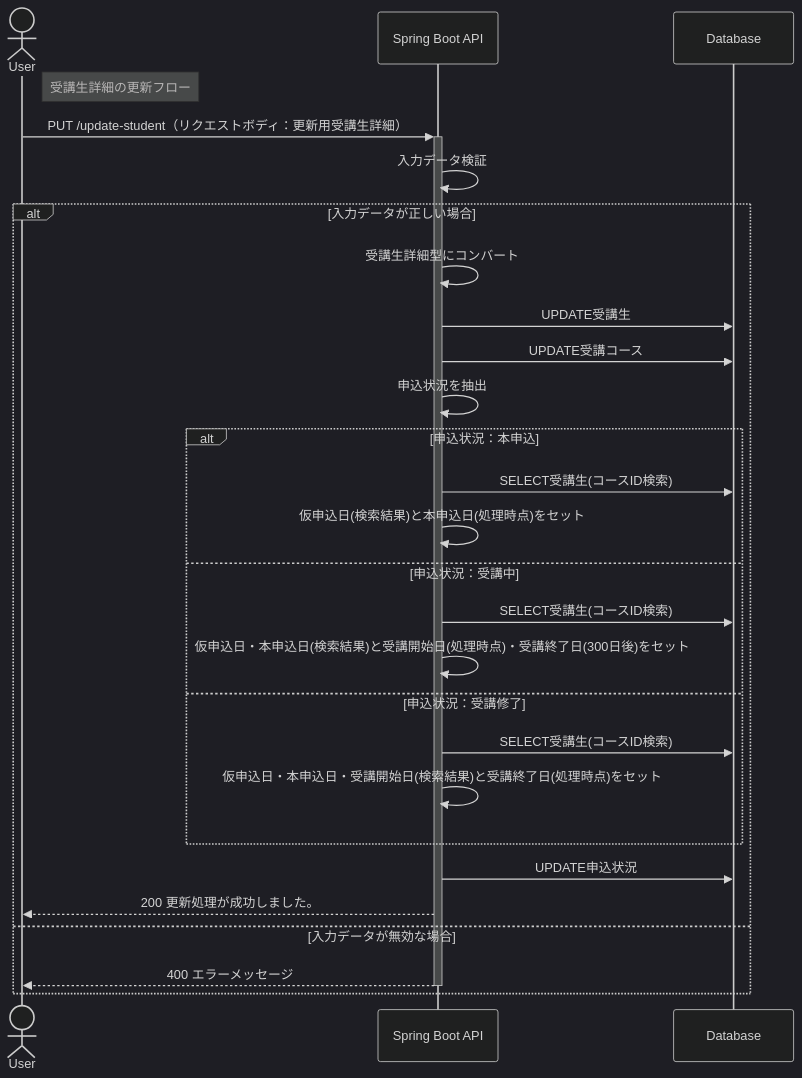
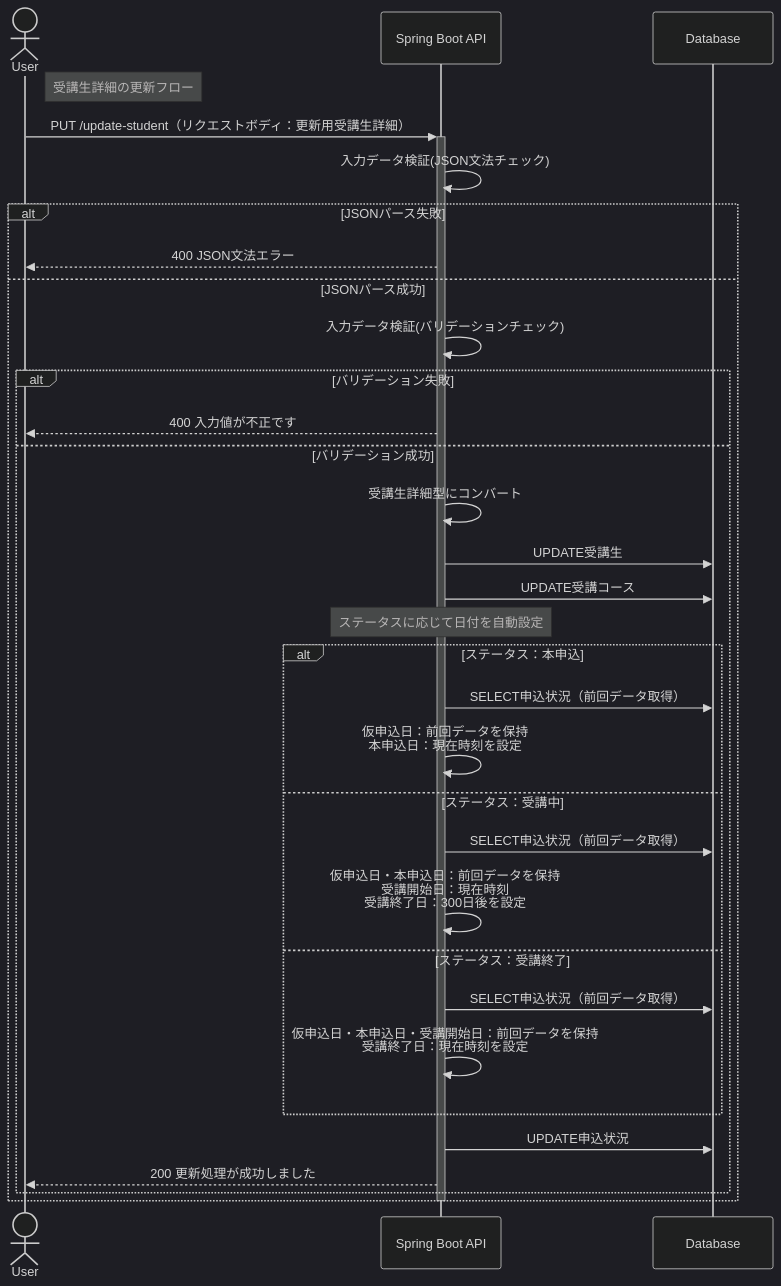
One commit to anmitsu-nagaya/StudentManagement changed the fourth of 4 diagrams in README.md. Above: the diagram before and after it, drawn with Mermaid (dark theme). The commit also changed other lines of this file, not shown here.

````diff
--- a/README.md
+++ b/README.md
@@ -175,30 +214,42 @@
 ```mermaid
 sequenceDiagram
     actor User
     participant API as Spring Boot API
     participant DB as Database
     Note right of User: 受講生詳細の更新フロー
     User ->>+ API: PUT /update-student（リクエストボディ：更新用受講生詳細）
-    API ->> API: 入力データ検証
-    alt 入力データが正しい場合
-        API ->> API: 受講生詳細型にコンバート
-        API ->> DB: UPDATE受講生
-        API ->> DB: UPDATE受講コース
-        API ->> API: 申込状況を抽出
-        alt 申込状況：本申込
-            API ->> DB: SELECT受講生(コースID検索)
-            API ->> API: 仮申込日(検索結果)と本申込日(処理時点)をセット
-        else 申込状況：受講中
-            API ->> DB: SELECT受講生(コースID検索)
-            API ->> API: 仮申込日・本申込日(検索結果)と受講開始日(処理時点)・受講終了日(300日後)をセット
-        else 申込状況：受講修了
-            API ->> DB: SELECT受講生(コースID検索)
-            API ->> API: 仮申込日・本申込日・受講開始日(検索結果)と受講終了日(処理時点)をセット
+    API ->> API: 入力データ検証(JSON文法チェック)
+    
+    alt JSONパース失敗
+        API -->> User: 400 JSON文法エラー
+    else JSONパース成功
+        API ->> API: 入力データ検証(バリデーションチェック)
+        
+        alt バリデーション失敗
+            API -->> User: 400 入力値が不正です
+        else バリデーション成功
+            API ->> API: 受講生詳細型にコンバート
+            API ->> DB: UPDATE受講生
+            API ->> DB: UPDATE受講コース
+            
+            Note over API: ステータスに応じて日付を自動設定
+            
+            alt ステータス：本申込
+                API ->> DB: SELECT申込状況（前回データ取得）
+                API ->> API: 仮申込日：前回データを保持<br/>本申込日：現在時刻を設定
+            else ステータス：受講中
+                API ->> DB: SELECT申込状況（前回データ取得）
+                API ->> API: 仮申込日・本申込日：前回データを保持<br/>受講開始日：現在時刻<br/>受講終了日：300日後を設定
+            else ステータス：受講終了
+                API ->> DB: SELECT申込状況（前回データ取得）
+                API ->> API: 仮申込日・本申込日・受講開始日：前回データを保持<br/>受講終了日：現在時刻を設定
+            end
+            
+            API ->> DB: UPDATE申込状況
+            API -->> User: 200 更新処理が成功しました
         end
-        API ->> DB: UPDATE申込状況
-        API -->> User: 200 更新処理が成功しました。
-    else 入力データが無効な場合
-        API -->>- User: 400 エラーメッセージ
     end
+    
+    deactivate API
 
 ```
````
